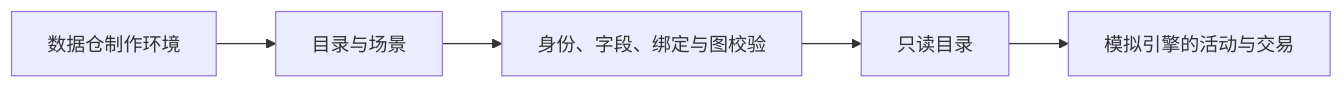
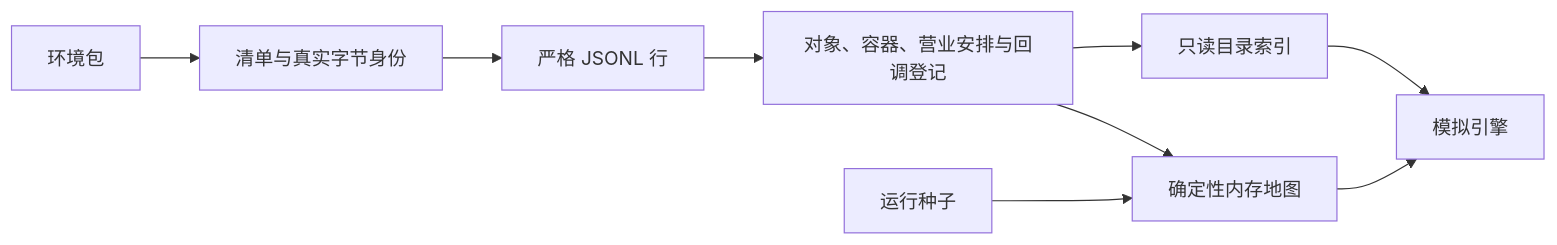
One commit to HoldThatThgt/WorldMock changed the diagram in docs/design/03-resource-engine.md. Above: the diagram before and after it, drawn with Mermaid. The commit also changed other lines of this file and 577 other files, not shown here.

````diff
--- a/docs/design/03-resource-engine.md
+++ b/docs/design/03-resource-engine.md
@@ -10,7 +10,11 @@
 ```mermaid
 flowchart LR
-    D[数据仓制作环境] --> C[目录与场景]
-    C --> V[身份、字段、绑定与图校验]
-    V --> F[只读目录]
-    F --> W[模拟引擎的活动与交易]
+    Package[环境包] --> Manifest[清单与真实字节身份]
+    Manifest --> Rows[严格 JSONL 行]
+    Rows --> Registration[对象、容器、营业安排与回调登记]
+    Registration --> Catalog[只读目录索引]
+    Seed[运行种子] --> Map[确定性内存地图]
+    Registration --> Map
+    Catalog --> Engine[模拟引擎]
+    Map --> Engine
 ```
````
